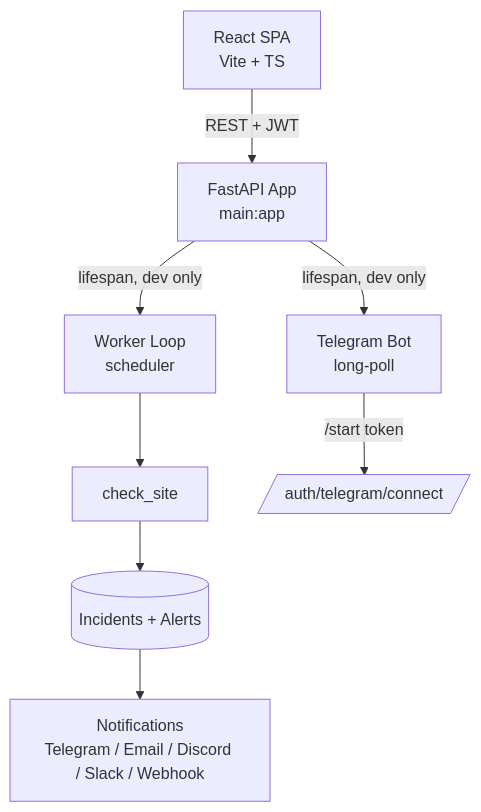
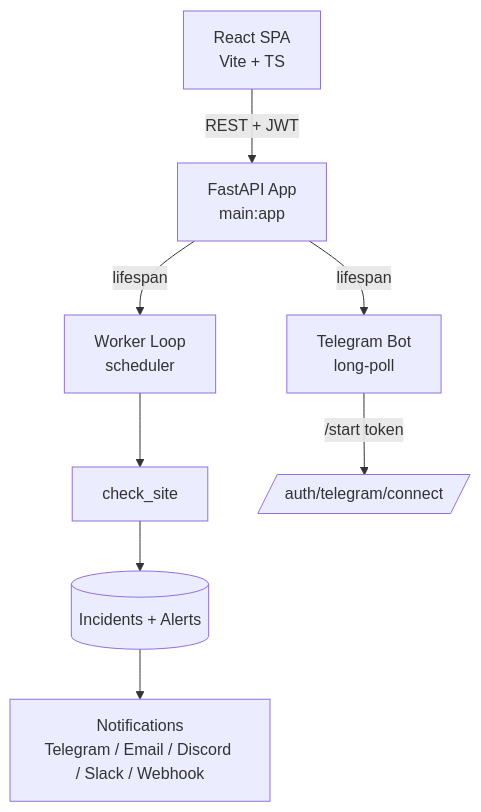
Before and after one commit to Robibiruk/PulseWatch: the first of 3 diagrams in README.md, drawn with Mermaid. The commit also changed other lines of this file and 6 other files, not shown here.

````diff
--- a/README.md
+++ b/README.md
@@ -60,10 +171,10 @@
 ```mermaid
 graph TD
     A[React SPA<br/>Vite + TS] -->|REST + JWT| B[FastAPI App<br/>main:app]
-    B -->|lifespan, dev only| C[Worker Loop<br/>scheduler]
-    B -->|lifespan, dev only| D[Telegram Bot<br/>long-poll]
+    B -->|lifespan| C[Worker Loop<br/>scheduler]
+    B -->|lifespan| D[Telegram Bot<br/>long-poll]
     C --> E[check_site]
     E --> F[(Incidents + Alerts)]
     D -->|/start token| G[/auth/telegram/connect/]
     F --> H[Notifications<br/>Telegram / Email / Discord / Slack / Webhook]
 ```
````
